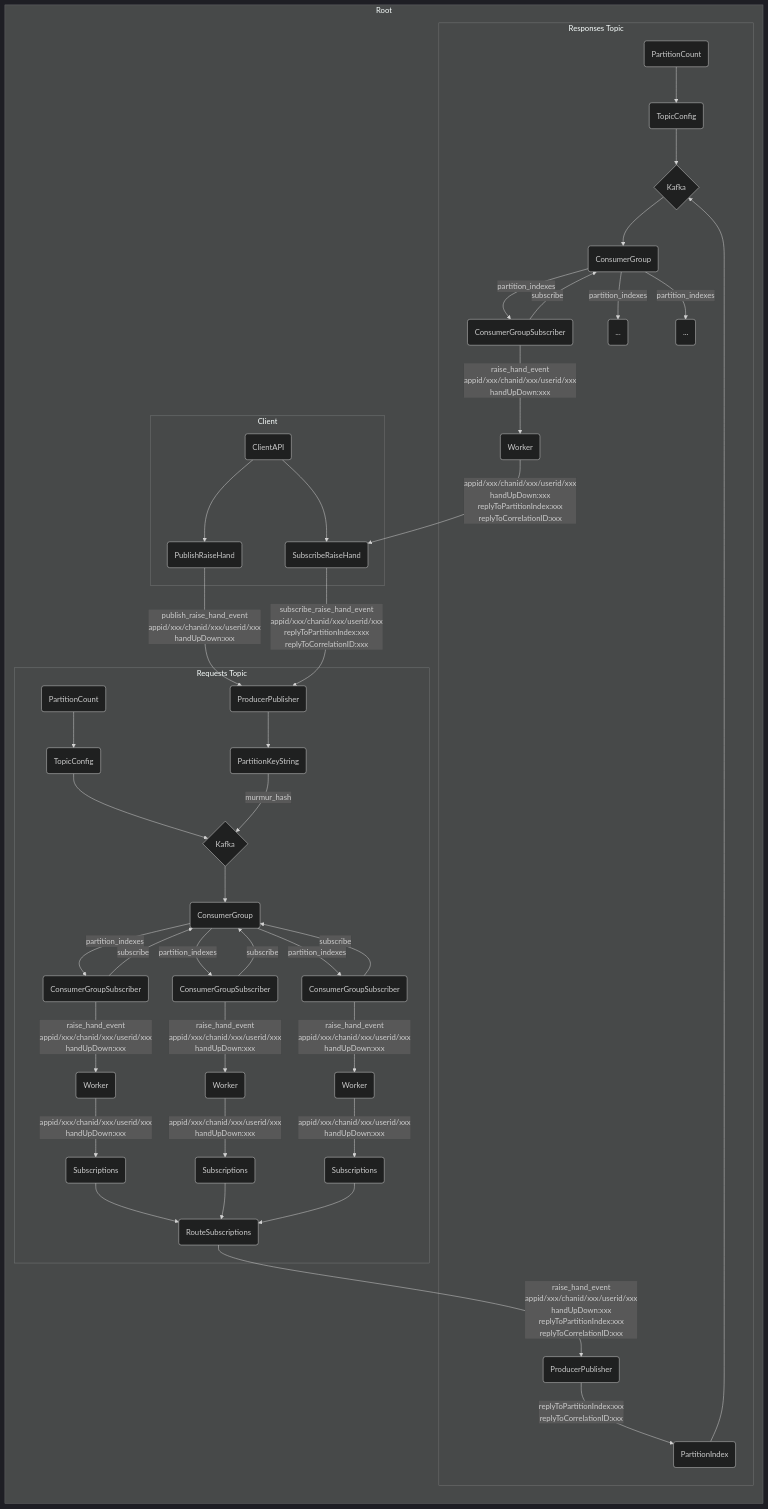
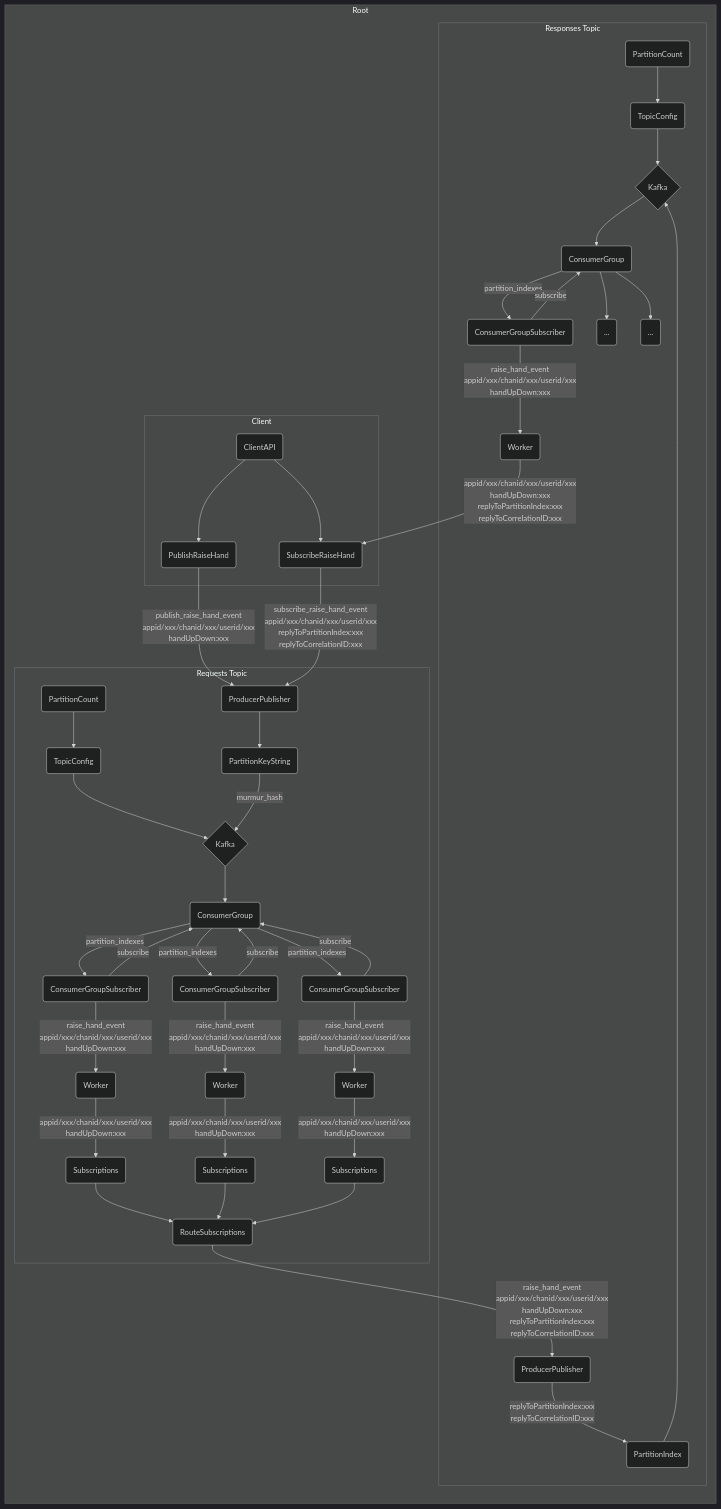
One commit to unicomp23/omni changed the diagram in pubsub.api.kafka.md. Above: the diagram before and after it, drawn with Mermaid (dark theme).

````diff
--- a/pubsub.api.kafka.md
+++ b/pubsub.api.kafka.md
@@ -3,45 +3,45 @@
 ```mermaid
 flowchart TD
     subgraph Root
         direction TB
         subgraph Client
             ClientAPI_(ClientAPI)-->PublishRaiseHand_
             ClientAPI_-->SubscribeRaiseHand_
         end
         subgraph Requests Topic
             PartitionCount_(PartitionCount) --> TopicConfig_
             TopicConfig_(TopicConfig) --> Kafka_
             PublishRaiseHand_(PublishRaiseHand) -->|publish_raise_hand_event<br>appid/xxx/chanid/xxx/userid/xxx<br>handUpDown:xxx| Producer_
             SubscribeRaiseHand_(SubscribeRaiseHand) -->|subscribe_raise_hand_event<br>appid/xxx/chanid/xxx/userid/xxx<br>replyToPartitionIndex:xxx<br>replyToCorrelationID:xxx| Producer_
             Producer_(ProducerPublisher) --> PartitionKeyString_
             PartitionKeyString_(PartitionKeyString) -->|murmur_hash| Kafka_{Kafka}
             Kafka_ --> ConsumerGroup_(ConsumerGroup)
             ConsumerGroup_ -->|partition_indexes| ConsumerGroupSubscriber_1(ConsumerGroupSubscriber)
             ConsumerGroup_ -->|partition_indexes| ConsumerGroupSubscriber_2(ConsumerGroupSubscriber)
             ConsumerGroup_ -->|partition_indexes| ConsumerGroupSubscriber_3(ConsumerGroupSubscriber)
             ConsumerGroupSubscriber_1 -->|subscribe| ConsumerGroup_
             ConsumerGroupSubscriber_2 -->|subscribe| ConsumerGroup_
             ConsumerGroupSubscriber_3 -->|subscribe| ConsumerGroup_
             ConsumerGroupSubscriber_1 -->|raise_hand_event<br>appid/xxx/chanid/xxx/userid/xxx<br>handUpDown:xxx| Worker_1(Worker)
             ConsumerGroupSubscriber_2 -->|raise_hand_event<br>appid/xxx/chanid/xxx/userid/xxx<br>handUpDown:xxx| Worker_2(Worker)
             ConsumerGroupSubscriber_3 -->|raise_hand_event<br>appid/xxx/chanid/xxx/userid/xxx<br>handUpDown:xxx| Worker_3(Worker)
             Worker_1 -->|appid/xxx/chanid/xxx/userid/xxx<br>handUpDown:xxx| Subscriptions_1(Subscriptions)-->RouteSubscriptions_2
             Worker_2 -->|appid/xxx/chanid/xxx/userid/xxx<br>handUpDown:xxx| Subscriptions_2(Subscriptions)-->RouteSubscriptions_2
             Worker_3 -->|appid/xxx/chanid/xxx/userid/xxx<br>handUpDown:xxx| Subscriptions_3(Subscriptions)-->RouteSubscriptions_2
         end
         subgraph Responses Topic
             PartitionCount_2(PartitionCount) --> TopicConfig_2
             TopicConfig_2(TopicConfig) --> Kafka_2
             RouteSubscriptions_2(RouteSubscriptions) -->|raise_hand_event<br>appid/xxx/chanid/xxx/userid/xxx<br>handUpDown:xxx<br>replyToPartitionIndex:xxx<br>replyToCorrelationID:xxx| Producer_2
             Producer_2(ProducerPublisher) -->|replyToPartitionIndex:xxx<br>replyToCorrelationID:xxx| PartitionIndex_2
             PartitionIndex_2(PartitionIndex) --> Kafka_2{Kafka}
             Kafka_2 --> ConsumerGroup_2(ConsumerGroup)
             ConsumerGroup_2 -->|partition_indexes| ConsumerGroupSubscriber_21(ConsumerGroupSubscriber)
-            ConsumerGroup_2 -->|partition_indexes| ConsumerGroupSubscriber_22(...)
-            ConsumerGroup_2 -->|partition_indexes| ConsumerGroupSubscriber_23(...)
+            ConsumerGroup_2 -->ConsumerGroupSubscriber_22(...)
+            ConsumerGroup_2 -->ConsumerGroupSubscriber_23(...)
             ConsumerGroupSubscriber_21 -->|subscribe| ConsumerGroup_2
             ConsumerGroupSubscriber_21 -->|raise_hand_event<br>appid/xxx/chanid/xxx/userid/xxx<br>handUpDown:xxx| Worker_21(Worker)
             Worker_21 -->|appid/xxx/chanid/xxx/userid/xxx<br>handUpDown:xxx<br>replyToPartitionIndex:xxx<br>replyToCorrelationID:xxx| SubscribeRaiseHand_
         end
     end
 ```
````
